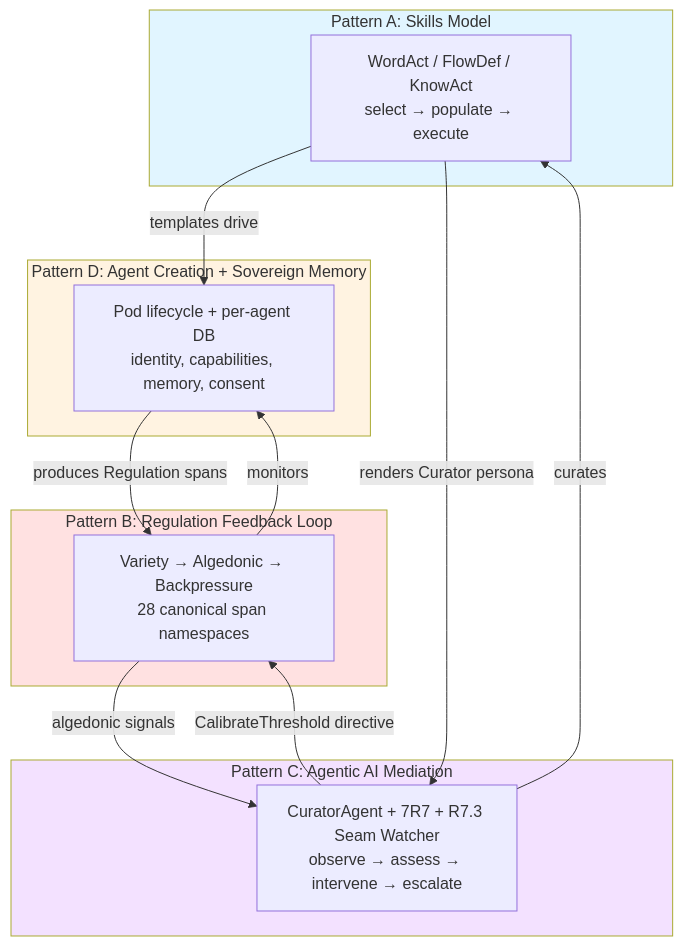
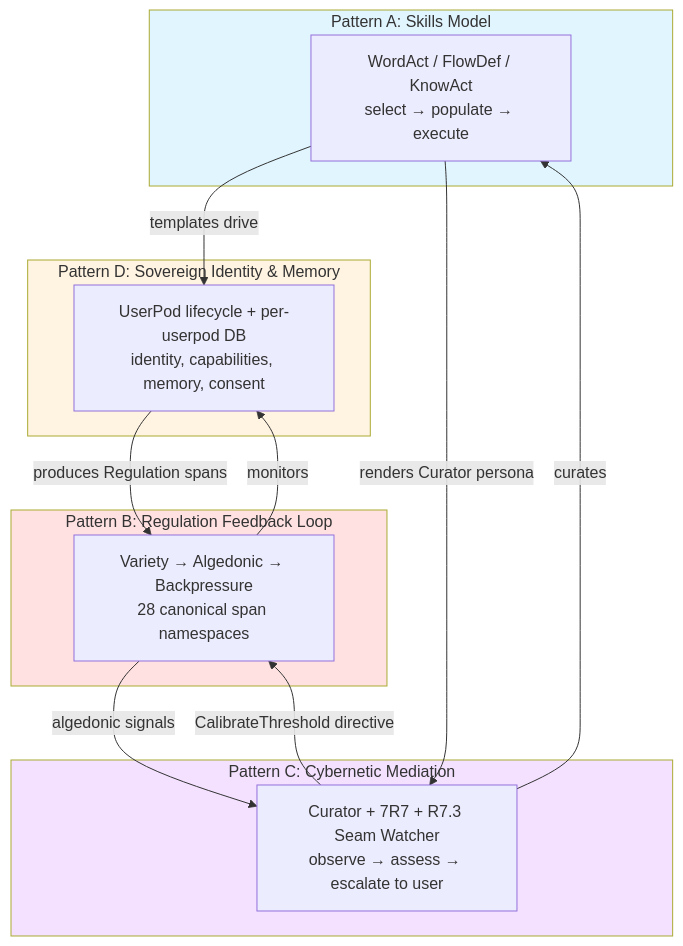
The first of 24 diagrams in docs/architecture/core/hKask-architecture-master.md (mdz-axo/hKask), drawn with Mermaid before and after one commit. The commit also changed other lines of this file and 7 other files, not shown here.

````diff
--- a/docs/architecture/core/hKask-architecture-master.md
+++ b/docs/architecture/core/hKask-architecture-master.md
@@ -347,31 +349,31 @@
 ```mermaid
 graph TD
     subgraph Skills["Pattern A: Skills Model"]
         SK["WordAct / FlowDef / KnowAct<br/>select → populate → execute"]
     end
 
     subgraph Regulation["Pattern B: Regulation Feedback Loop"]
         CN["Variety → Algedonic → Backpressure\n28 canonical span namespaces"]
     end
 
-    subgraph Curator["Pattern C: Agentic AI Mediation"]
-        CU["CuratorAgent + 7R7 + R7.3 Seam Watcher<br/>observe → assess → intervene → escalate"]
+    subgraph Curator["Pattern C: Cybernetic Mediation"]
+        CU["Curator + 7R7 + R7.3 Seam Watcher<br/>observe → assess → escalate to user"]
     end
 
-    subgraph Agents["Pattern D: Agent Creation + Sovereign Memory"]
-        AG["Pod lifecycle + per-agent DB<br/>identity, capabilities, memory, consent"]
+    subgraph Agents["Pattern D: Sovereign Identity & Memory"]
+        AG["UserPod lifecycle + per-userpod DB<br/>identity, capabilities, memory, consent"]
     end
 
     SK -->|"templates drive"| AG
     CN -->|"monitors"| AG
     CN -->|"algedonic signals"| CU
     CU -->|"CalibrateThreshold directive"| CN
     CU -->|"curates"| SK
     AG -->|"produces Regulation spans"| CN
     SK -->|"renders Curator persona"| CU
 
     style Skills fill:#e1f5ff
     style Regulation fill:#ffe1e1
     style Curator fill:#f3e1ff
     style Agents fill:#fff3e1
 ```
````
